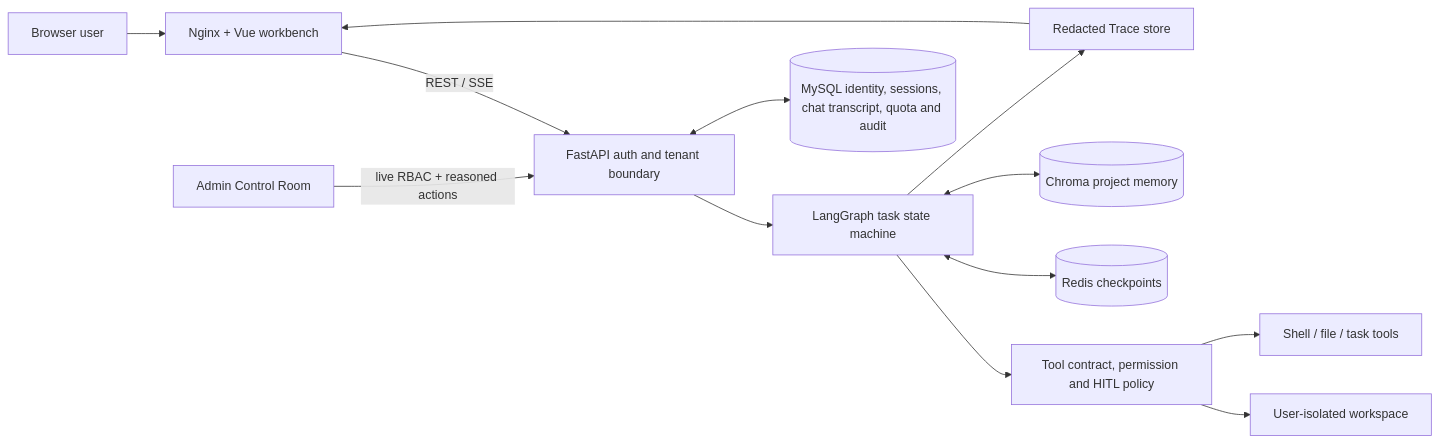
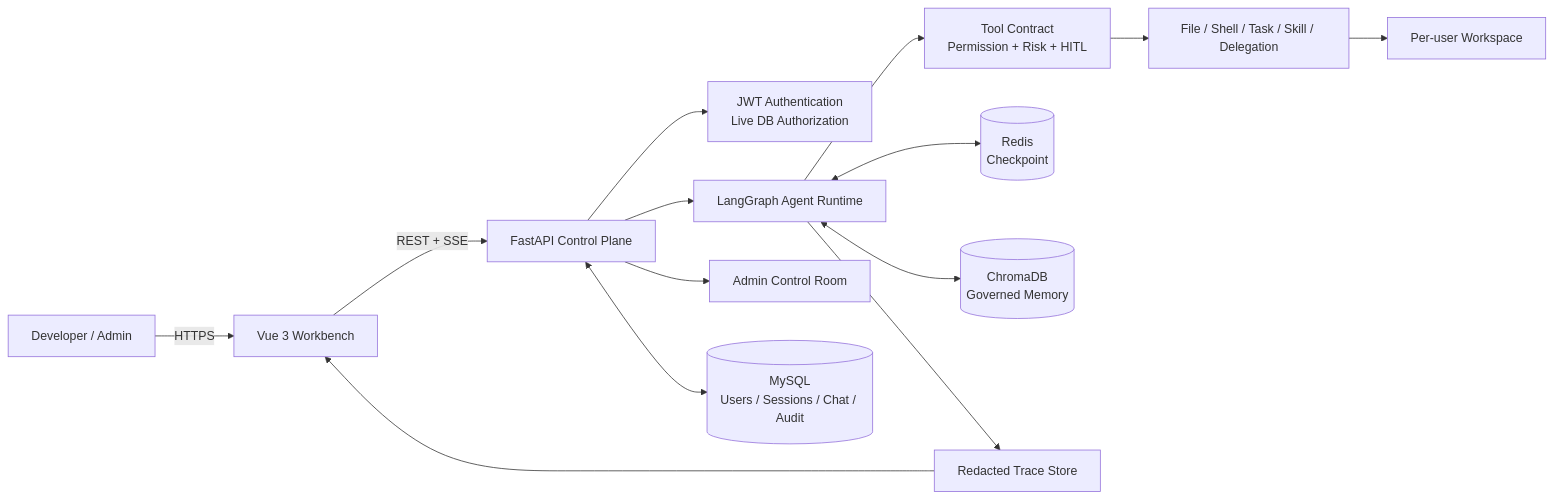
One commit to Gxh-aviliable/enterprise-controlled-coding-agent changed the diagram in README.md. Above: the diagram before and after it, drawn with Mermaid. The commit also changed other lines of this file and 3 other files, not shown here.

````diff
--- a/README.md
+++ b/README.md
@@ -142,15 +53,19 @@
 ```mermaid
 flowchart LR
-    U["Browser user"] --> N["Nginx + Vue workbench"]
-    N -->|"REST / SSE"| API["FastAPI auth and tenant boundary"]
-    API --> G["LangGraph task state machine"]
-    G --> P["Tool contract, permission and HITL policy"]
-    P --> W["User-isolated workspace"]
-    P --> S["Shell / file / task tools"]
-    G <--> R[("Redis checkpoints")]
-    API <--> M[("MySQL identity, sessions, chat transcript, quota and audit")]
-    A["Admin Control Room"] -->|"live RBAC + reasoned actions"| API
-    G <--> C[("Chroma project memory")]
-    G --> T["Redacted Trace store"]
-    T --> N
+    U["Developer / Admin"] -->|"HTTPS"| FE["Vue 3 Workbench"]
+    FE -->|"REST + SSE"| API["FastAPI Control Plane"]
+
+    API --> AUTH["JWT Authentication<br/>Live DB Authorization"]
+    API --> AGENT["LangGraph Agent Runtime"]
+    API --> ADMIN["Admin Control Room"]
+
+    AGENT --> POLICY["Tool Contract<br/>Permission + Risk + HITL"]
+    POLICY --> TOOLS["File / Shell / Task / Skill / Delegation"]
+    TOOLS --> WS["Per-user Workspace"]
+
+    AGENT <--> REDIS[("Redis<br/>Checkpoint")]
+    API <--> MYSQL[("MySQL<br/>Users / Sessions / Chat / Audit")]
+    AGENT <--> CHROMA[("ChromaDB<br/>Governed Memory")]
+    AGENT --> TRACE["Redacted Trace Store"]
+    TRACE --> FE
 ```
````
